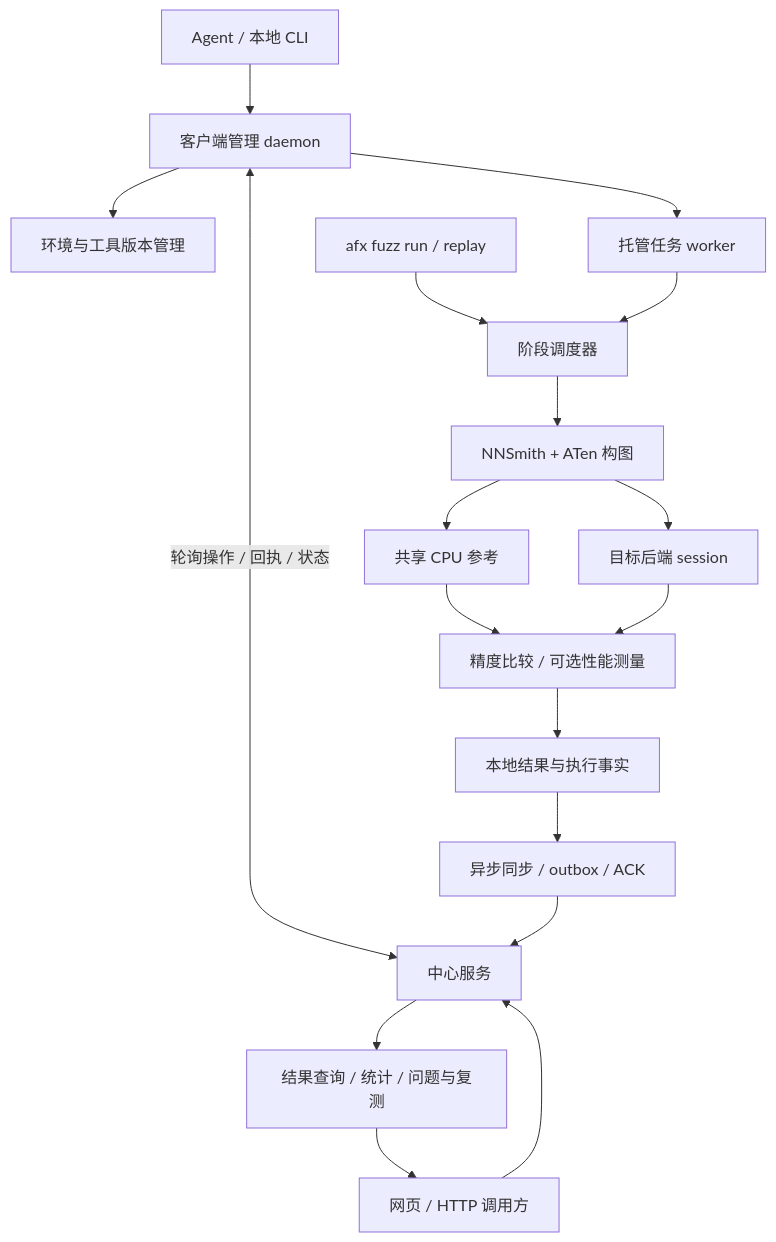
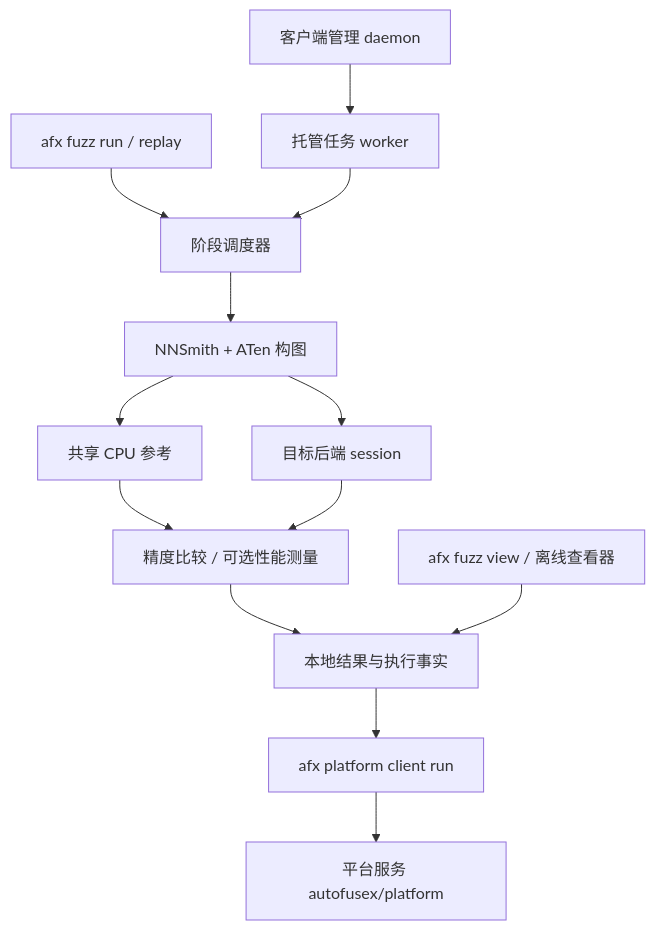
The diagram in docs/fuzz/fuzz_design.md (Intmanxzx/afx), drawn with Mermaid before and after one commit. The commit also changed other lines of this file and 83 other files, not shown here.

```diff
--- a/docs/fuzz/fuzz_design.md
+++ b/docs/fuzz/fuzz_design.md
@@ -21,20 +18,15 @@
 ~~~mermaid
 flowchart TD
-    Agent[Agent / 本地 CLI] --> Manager[客户端管理 daemon]
-    Web[网页 / HTTP 调用方] --> Central[中心服务]
-    Manager <-->|轮询操作 / 回执 / 状态| Central
-    Manager --> Env[环境与工具版本管理]
-    Manager --> Run[托管任务 worker]
     CLI[afx fuzz run / replay] --> Engine[阶段调度器]
+    Manager[客户端管理 daemon] --> Run[托管任务 worker]
     Run --> Engine
     Engine --> Gen[NNSmith + ATen 构图]
     Gen --> CPU[共享 CPU 参考]
     Gen --> NPU[目标后端 session]
     CPU --> Compare[精度比较 / 可选性能测量]
     NPU --> Compare
     Compare --> DB[本地结果与执行事实]
-    DB --> Sync[异步同步 / outbox / ACK]
-    Sync --> Central
-    Central --> Read[结果查询 / 统计 / 问题与复测]
-    Read --> Web
+    DB --> PlatformClient[afx platform client run]
+    PlatformClient --> Platform[平台服务 autofusex/platform]
+    View[afx fuzz view / 离线查看器] --> DB
 ~~~
```
